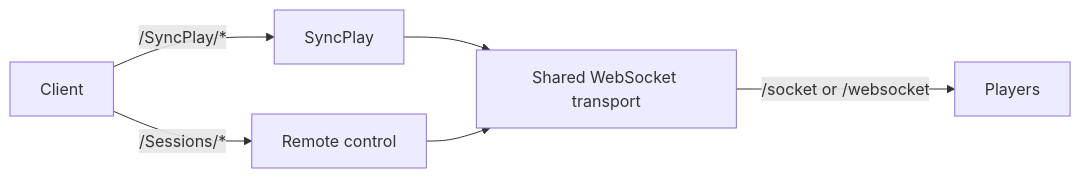
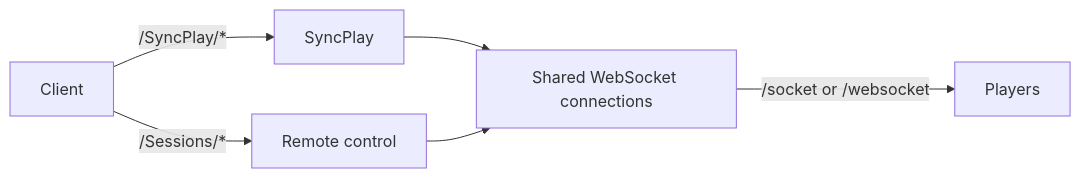
Before and after one commit to LLukas22/Jellyswarrm: the diagram in crates/jellyswarrm-proxy/src/sessions/README.md, drawn with Mermaid. The commit also changed other lines of this file and 29 other files, not shown here.

````diff
--- a/crates/jellyswarrm-proxy/src/sessions/README.md
+++ b/crates/jellyswarrm-proxy/src/sessions/README.md
@@ -11,8 +11,8 @@
 ```mermaid
 flowchart LR
     Client -->|/SyncPlay/*| SyncPlay
     Client -->|/Sessions/*| Remote[Remote control]
-    SyncPlay --> Transport[Shared WebSocket transport]
-    Remote --> Transport
-    Transport -->|/socket or /websocket| Players
+    SyncPlay --> Connections[Shared WebSocket connections]
+    Remote --> Connections
+    Connections -->|/socket or /websocket| Players
 ```
````
